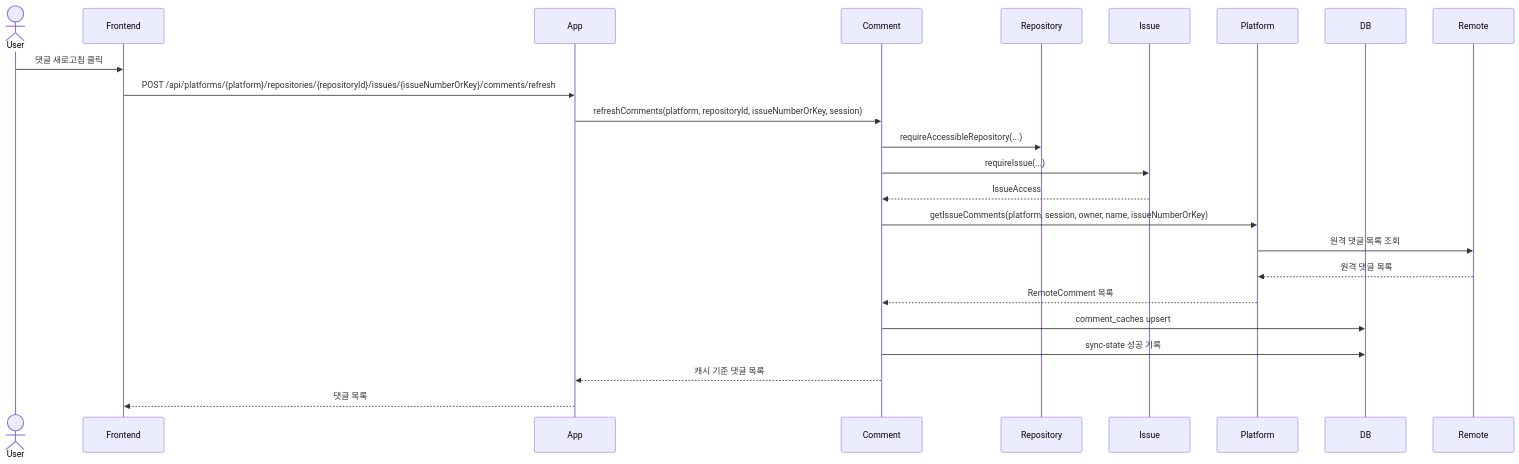
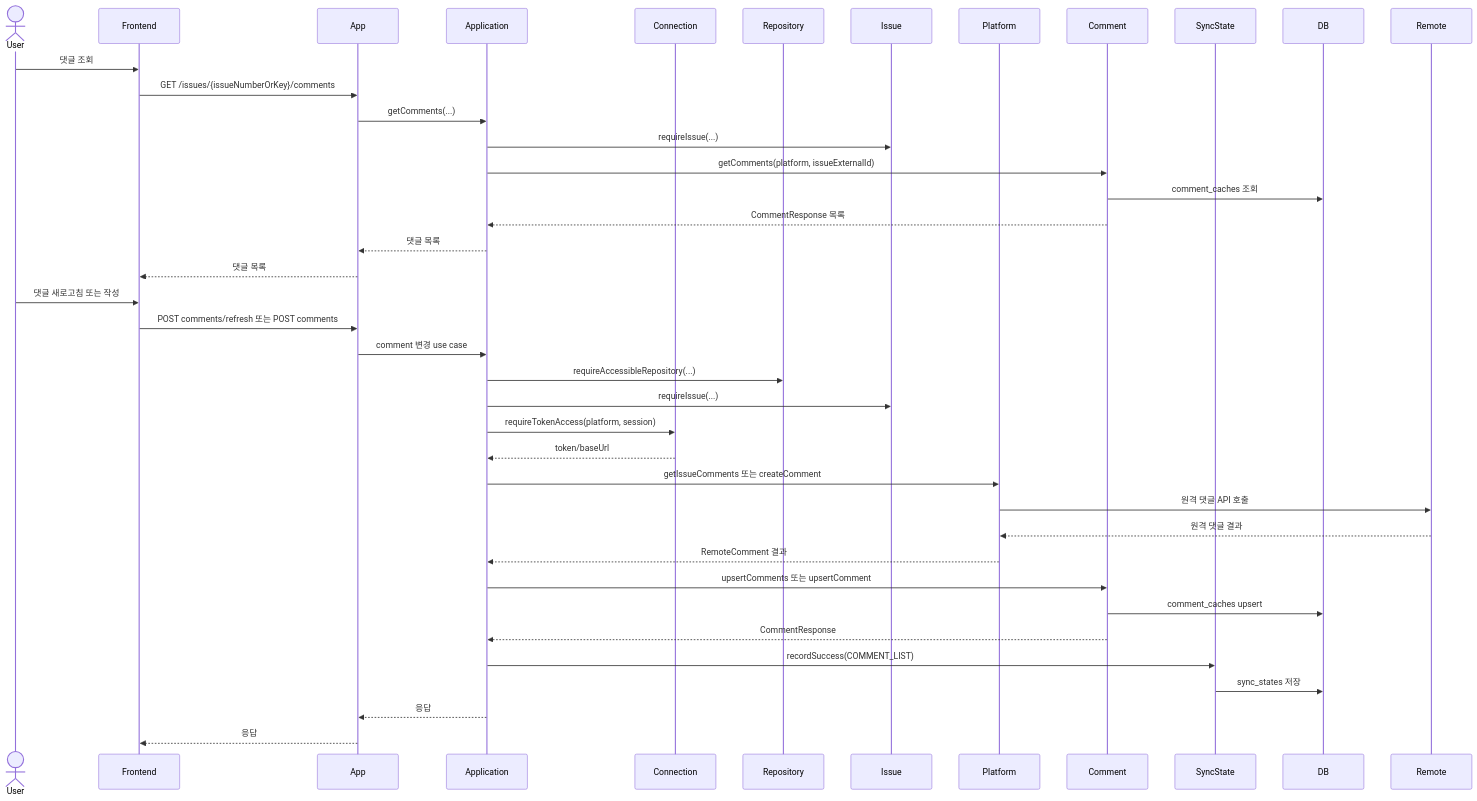
The seventh of 7 diagrams in docs/11-use-case-sequence-diagrams.md (Jungwoook/github-issue-manager), drawn with Mermaid before and after one commit. The commit also changed other lines of this file and 10 other files, not shown here.

````diff
--- a/docs/11-use-case-sequence-diagrams.md
+++ b/docs/11-use-case-sequence-diagrams.md
@@ -401,27 +238,44 @@
 ```mermaid
 sequenceDiagram
     actor User
     participant Frontend
     participant App
-    participant Comment
+    participant Application
+    participant Connection
     participant Repository
     participant Issue
     participant Platform
+    participant Comment
+    participant SyncState
     participant DB
     participant Remote
 
-    User->>Frontend: 댓글 새로고침 클릭
-    Frontend->>App: POST /api/platforms/{platform}/repositories/{repositoryId}/issues/{issueNumberOrKey}/comments/refresh
-    App->>Comment: refreshComments(platform, repositoryId, issueNumberOrKey, session)
-    Comment->>Repository: requireAccessibleRepository(...)
-    Comment->>Issue: requireIssue(...)
-    Issue-->>Comment: IssueAccess
-    Comment->>Platform: getIssueComments(platform, session, owner, name, issueNumberOrKey)
-    Platform->>Remote: 원격 댓글 목록 조회
-    Remote-->>Platform: 원격 댓글 목록
-    Platform-->>Comment: RemoteComment 목록
+    User->>Frontend: 댓글 조회
+    Frontend->>App: GET /issues/{issueNumberOrKey}/comments
+    App->>Application: getComments(...)
+    Application->>Issue: requireIssue(...)
+    Application->>Comment: getComments(platform, issueExternalId)
+    Comment->>DB: comment_caches 조회
+    Comment-->>Application: CommentResponse 목록
+    Application-->>App: 댓글 목록
+    App-->>Frontend: 댓글 목록
+
+    User->>Frontend: 댓글 새로고침 또는 작성
+    Frontend->>App: POST comments/refresh 또는 POST comments
+    App->>Application: comment 변경 use case
+    Application->>Repository: requireAccessibleRepository(...)
+    Application->>Issue: requireIssue(...)
+    Application->>Connection: requireTokenAccess(platform, session)
+    Connection-->>Application: token/baseUrl
+    Application->>Platform: getIssueComments 또는 createComment
+    Platform->>Remote: 원격 댓글 API 호출
+    Remote-->>Platform: 원격 댓글 결과
+    Platform-->>Application: RemoteComment 결과
+    Application->>Comment: upsertComments 또는 upsertComment
     Comment->>DB: comment_caches upsert
-    Comment->>DB: sync-state 성공 기록
-    Comment-->>App: 캐시 기준 댓글 목록
-    App-->>Frontend: 댓글 목록
+    Comment-->>Application: CommentResponse
+    Application->>SyncState: recordSuccess(COMMENT_LIST)
+    SyncState->>DB: sync_states 저장
+    Application-->>App: 응답
+    App-->>Frontend: 응답
 ```
````
